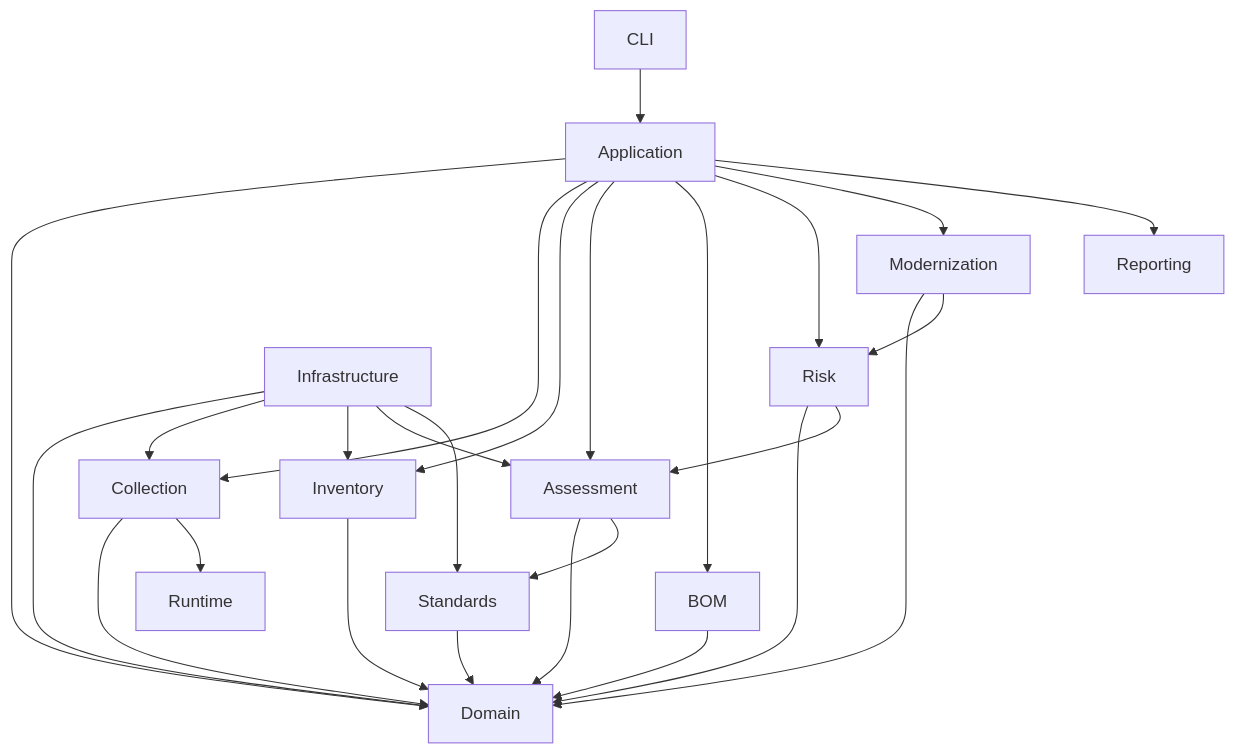
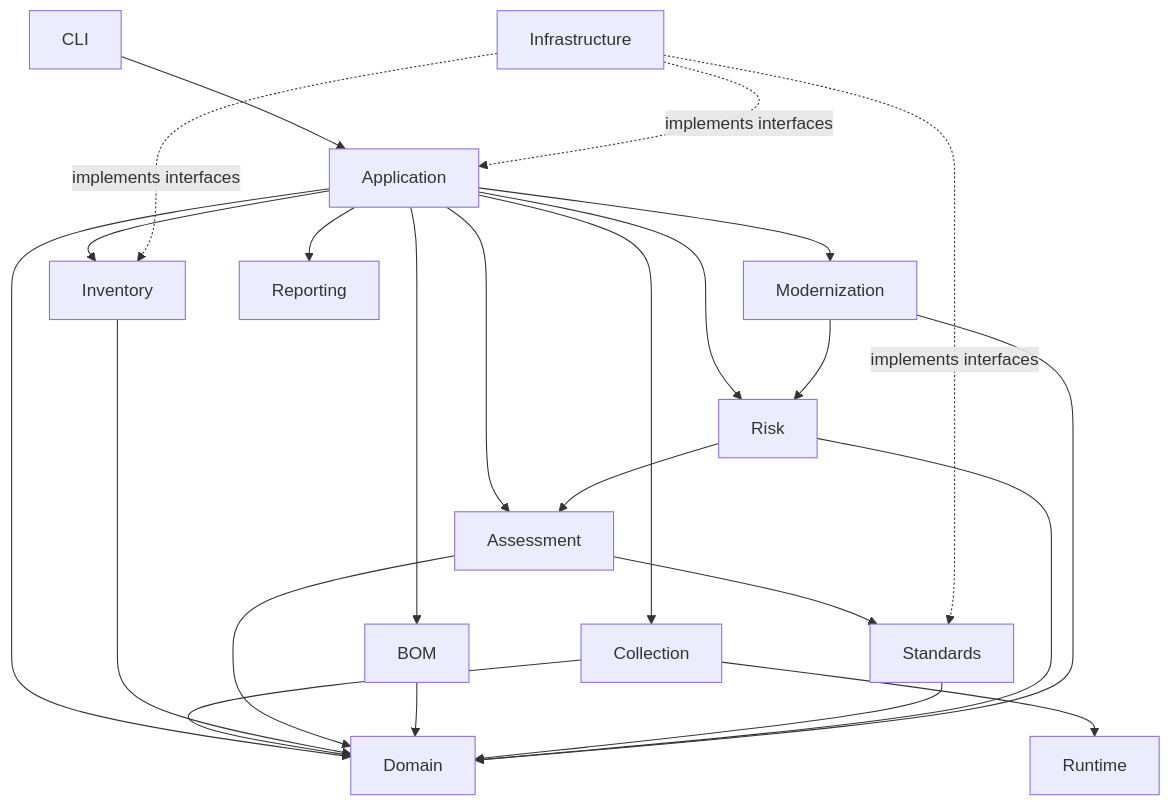
One commit to git-loa/cryptographic-inventory-pqc-risk-assessment changed the diagram in docs/architecture/package-architecture.md. Above: the diagram before and after it, drawn with Mermaid. The commit also changed other lines of this file and 27 other files, not shown here.

Commit message:
docs: establish unified cryptographic assurance architecture

````diff
--- a/docs/architecture/package-architecture.md
+++ b/docs/architecture/package-architecture.md
@@ -452,33 +216,29 @@
-```mermaid
+```mermaid id="qv6tx4"
 flowchart TD
     CLI --> Application
-
     Application --> Domain
     Application --> Collection
     Application --> Inventory
     Application --> Assessment
     Application --> BOM
     Application --> Risk
     Application --> Modernization
     Application --> Reporting
 
     Collection --> Domain
     Collection --> Runtime
 
     Inventory --> Domain
     Assessment --> Domain
     Assessment --> Standards
+    BOM --> Domain
+    Standards --> Domain
     Risk --> Domain
     Risk --> Assessment
     Modernization --> Domain
     Modernization --> Risk
 
-    BOM --> Domain
-    Standards --> Domain
-
-    Infrastructure --> Domain
-    Infrastructure --> Collection
-    Infrastructure --> Inventory
-    Infrastructure --> Assessment
-    Infrastructure --> Standards
+    Infrastructure -. implements interfaces .-> Application
+    Infrastructure -. implements interfaces .-> Inventory
+    Infrastructure -. implements interfaces .-> Standards
 ```
````
